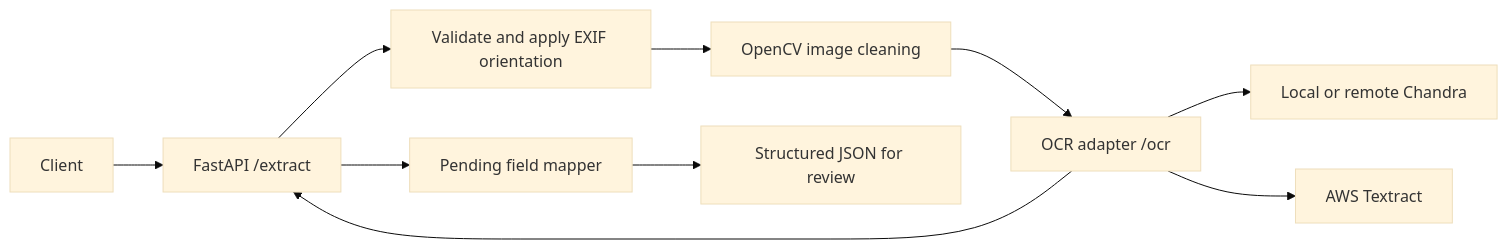
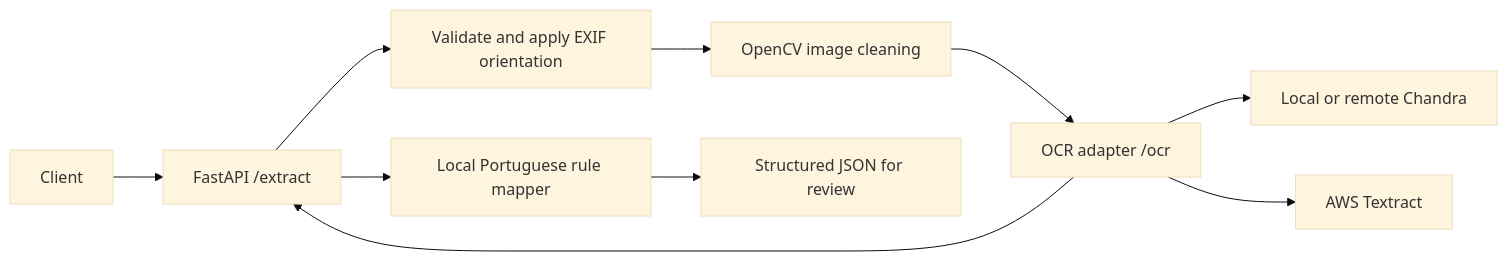
The diagram in docs/explanation.md (PedroCBrito/AmazoniaHack-Challenge-2), drawn with Mermaid (base theme) before and after one commit. The commit also changed other lines of this file and 29 other files, not shown here.

````diff
--- a/docs/explanation.md
+++ b/docs/explanation.md
@@ -7,12 +7,12 @@
 ```mermaid
 flowchart LR
     Client --> API[FastAPI /extract]
     API --> Validate[Validate and apply EXIF orientation]
     Validate --> Clean[OpenCV image cleaning]
     Clean --> Adapter[OCR adapter /ocr]
     Adapter --> Chandra[Local or remote Chandra]
     Adapter --> Textract[AWS Textract]
     Adapter --> API
-    API --> Mapper[Pending field mapper]
+    API --> Mapper[Local Portuguese rule mapper]
     Mapper --> Result[Structured JSON for review]
 ```
````
